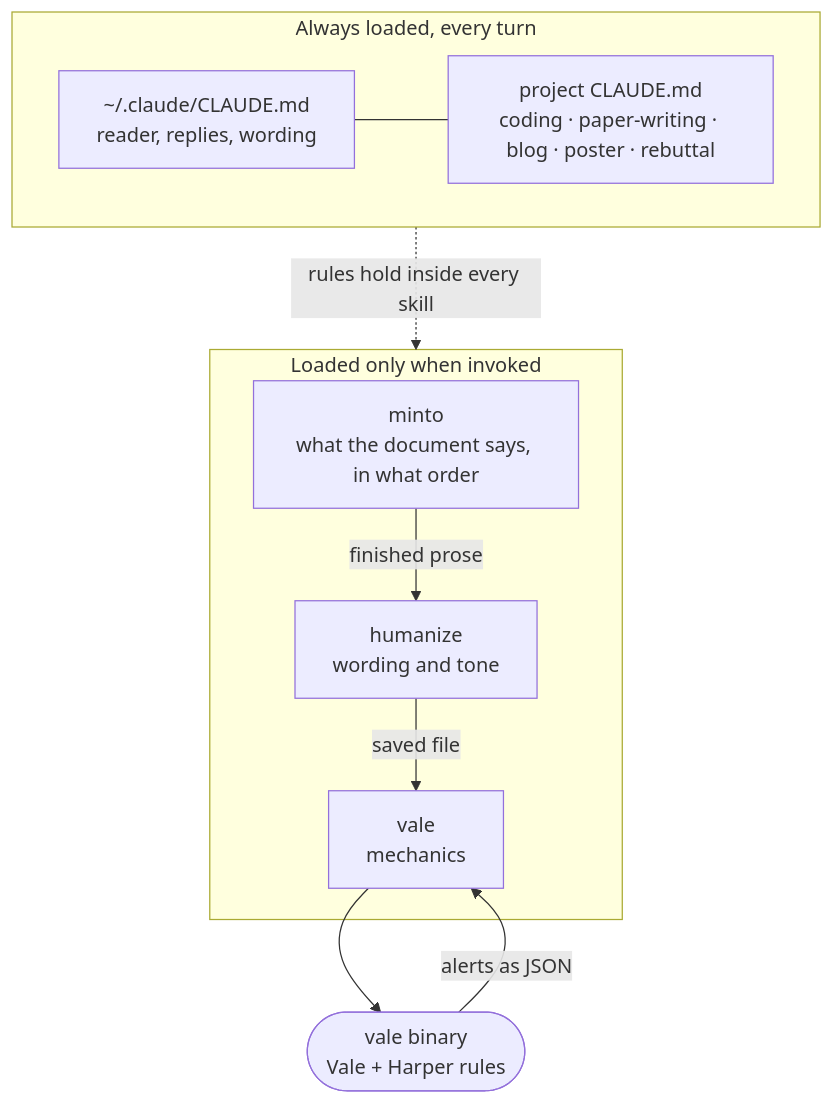
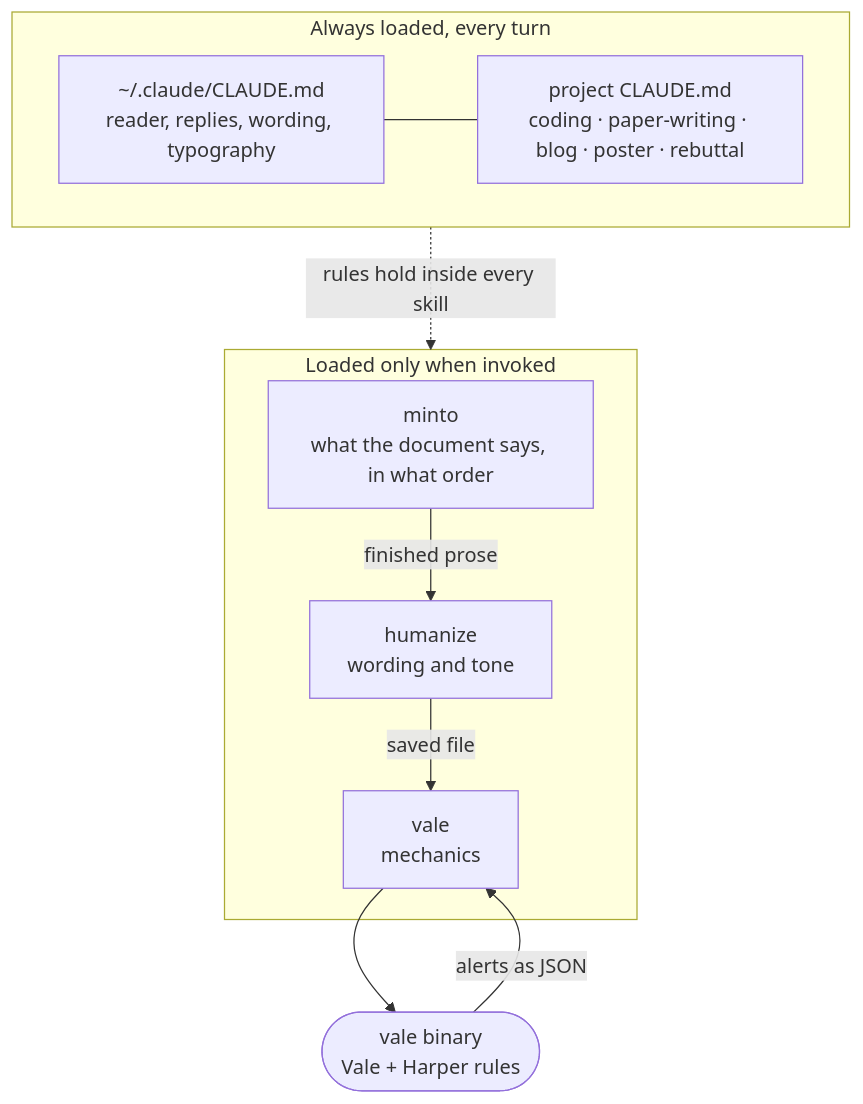
The diagram in README.md (guanqun-yang/OpenClaudeSkills), drawn with Mermaid before and after one commit. The commit also changed other lines of this file and 7 other files, not shown here.

````diff
--- a/README.md
+++ b/README.md
@@ -81,22 +80,22 @@
 ```mermaid
 flowchart TD
     subgraph always["Always loaded, every turn"]
-        G["~/.claude/CLAUDE.md<br/>reader, replies, wording"]
+        G["~/.claude/CLAUDE.md<br/>reader, replies, wording, typography"]
         P["project CLAUDE.md<br/>coding · paper-writing · blog · poster · rebuttal"]
         G --- P
     end
 
     subgraph invoked["Loaded only when invoked"]
         M["minto<br/>what the document says, in what order"]
         H["humanize<br/>wording and tone"]
         V["vale<br/>mechanics"]
         M -->|"finished prose"| H
         H -->|"saved file"| V
     end
 
     BIN(["vale binary<br/>Vale + Harper rules"])
     V --> BIN
     BIN -->|"alerts as JSON"| V
 
     always -.->|"rules hold inside every skill"| invoked
 ```
````
